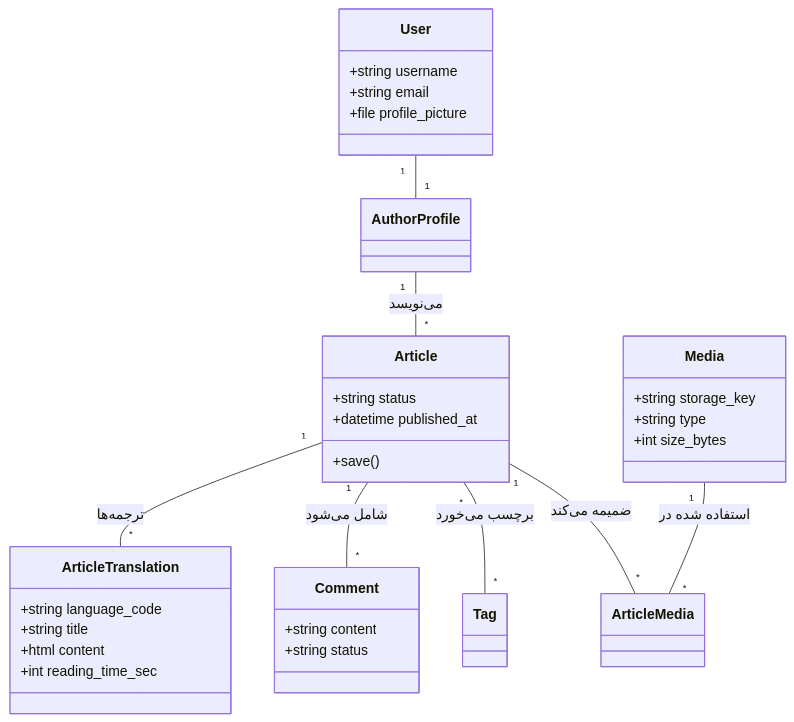
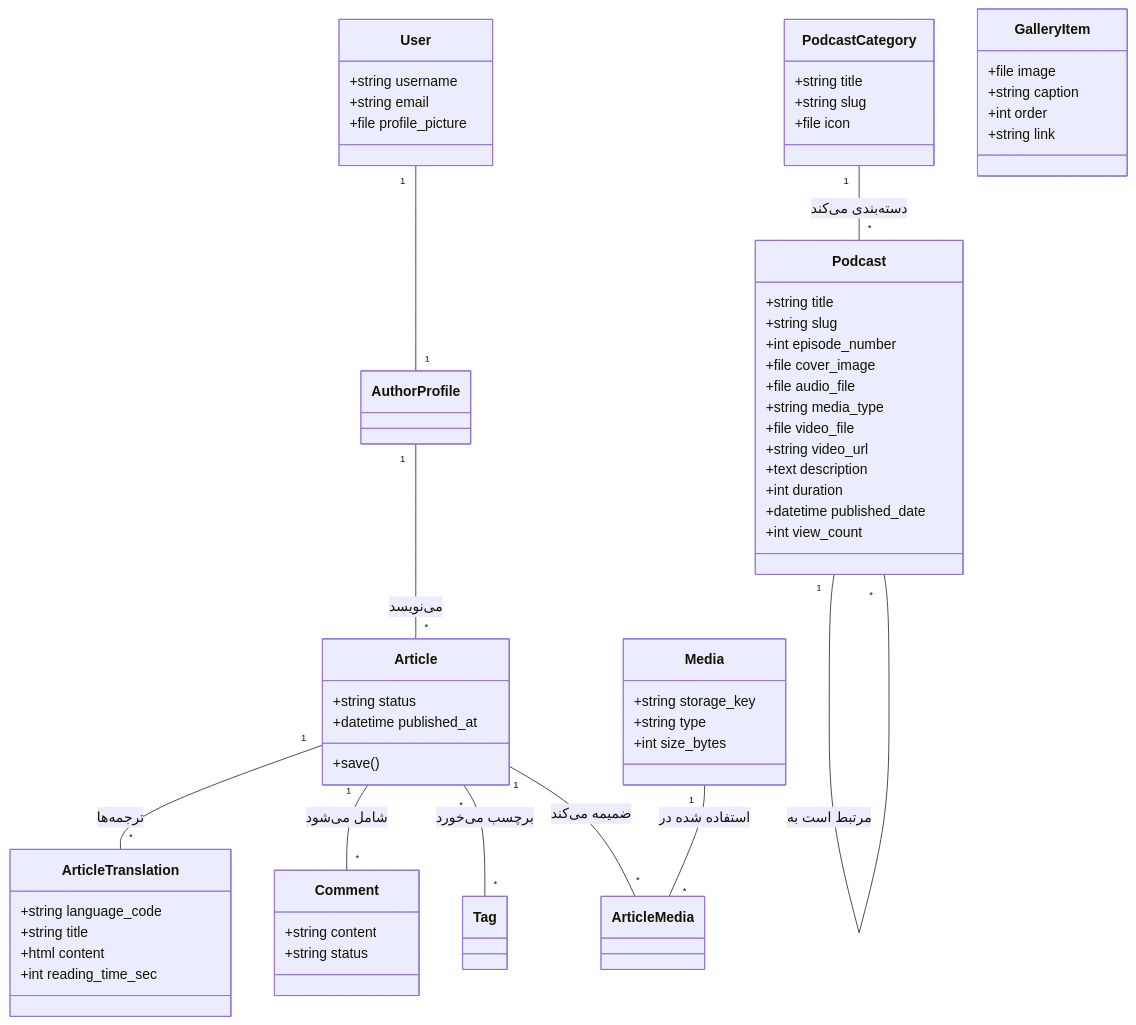
One commit to amirhossein-moloki/Blog changed the second of 4 diagrams in COMPREHENSIVE_ARCHITECTURE_FA.md. Above: the diagram before and after it, drawn with Mermaid. The commit also changed other lines of this file and 8 other files, not shown here.

First line of the commit message:
Update Comprehensive Architecture and System Documentation

````diff
--- a/COMPREHENSIVE_ARCHITECTURE_FA.md
+++ b/COMPREHENSIVE_ARCHITECTURE_FA.md
@@ -458,35 +519,62 @@
 ```mermaid
 classDiagram
     class User {
         +string username
         +string email
         +file profile_picture
     }
     class Article {
         +string status
         +datetime published_at
         +save()
     }
     class ArticleTranslation {
         +string language_code
         +string title
         +html content
         +int reading_time_sec
     }
     class Media {
         +string storage_key
         +string type
         +int size_bytes
     }
     class Comment {
         +string content
         +string status
     }
+    class PodcastCategory {
+        +string title
+        +string slug
+        +file icon
+    }
+    class Podcast {
+        +string title
+        +string slug
+        +int episode_number
+        +file cover_image
+        +file audio_file
+        +string media_type
+        +file video_file
+        +string video_url
+        +text description
+        +int duration
+        +datetime published_date
+        +int view_count
+    }
+    class GalleryItem {
+        +file image
+        +string caption
+        +int order
+        +string link
+    }
     User "1" -- "1" AuthorProfile
     AuthorProfile "1" -- "*" Article : می‌نویسد
     Article "1" -- "*" ArticleTranslation : ترجمه‌ها
     Article "1" -- "*" Comment : شامل می‌شود
     Article "*" -- "*" Tag : برچسب می‌خورد
     Article "1" -- "*" ArticleMedia : ضمیمه می‌کند
     Media "1" -- "*" ArticleMedia : استفاده شده در
+    PodcastCategory "1" -- "*" Podcast : دسته‌بندی می‌کند
+    Podcast "1" -- "*" Podcast : مرتبط است به
 ```
````
